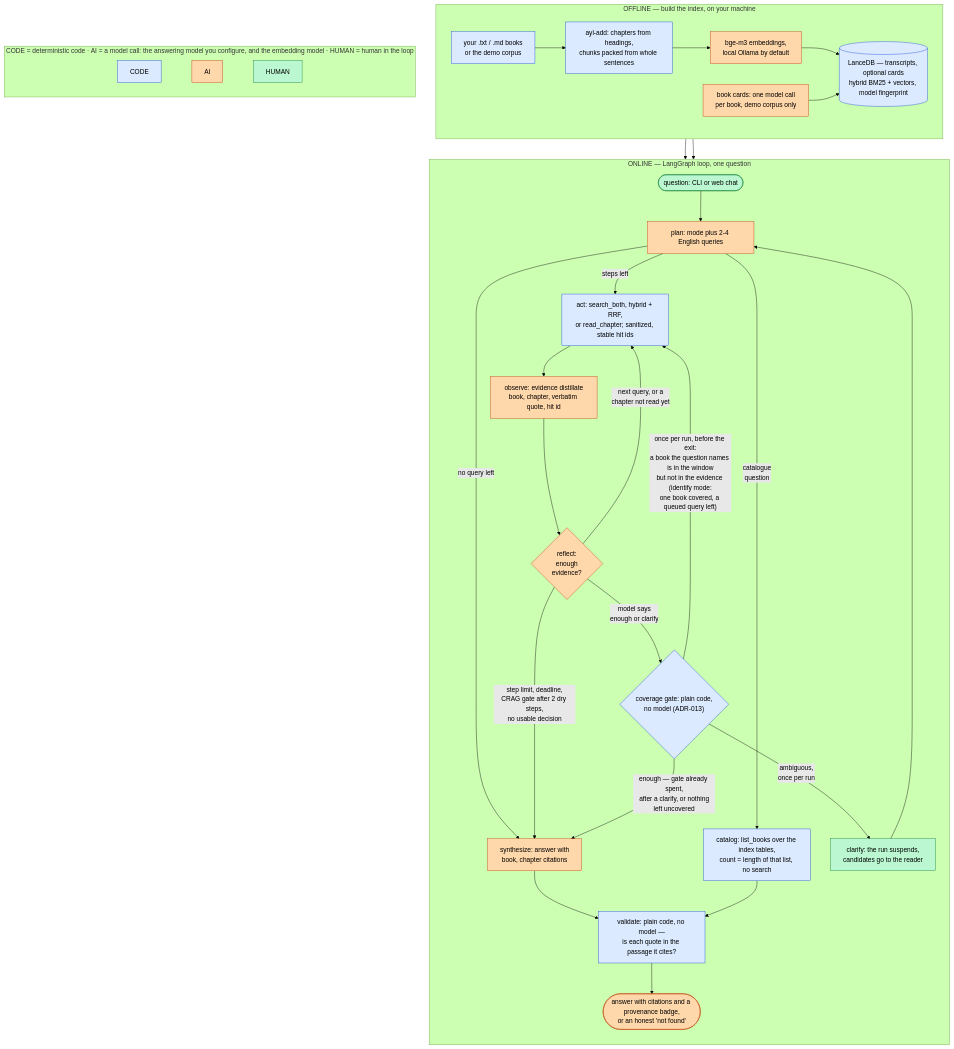
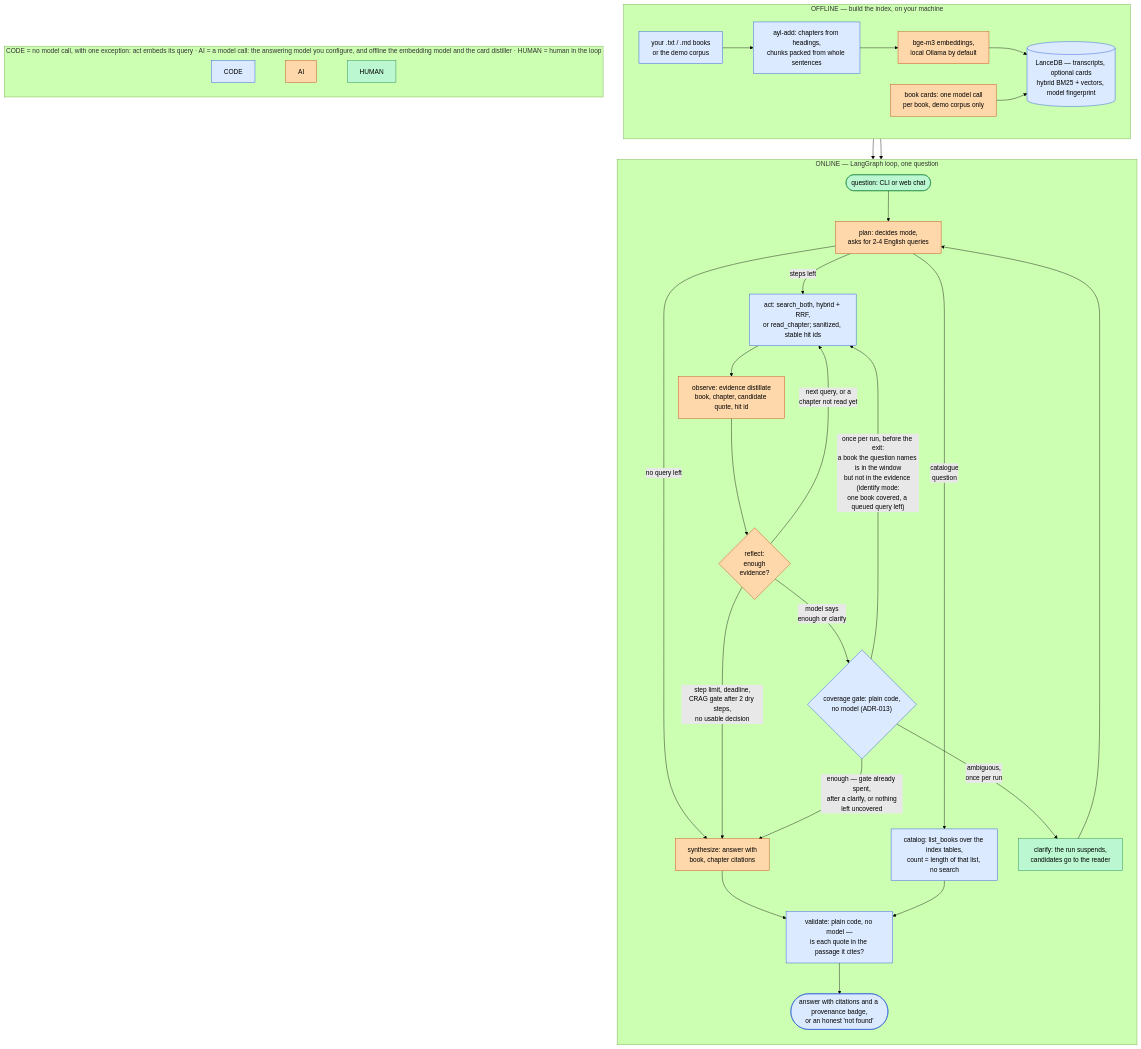
Before and after one commit to ievgen-borysenko/ask-your-library: the first of 2 diagrams in docs/architecture.md, drawn with Mermaid (forest theme). The commit also changed other lines of this file and 4 other files, not shown here.

````diff
--- a/docs/architecture.md
+++ b/docs/architecture.md
@@ -11,40 +11,40 @@
 ```mermaid
 flowchart TB
     subgraph offline["OFFLINE — build the index, on your machine"]
         direction LR
         BK["your .txt / .md books<br/>or the demo corpus"]:::code
         CRD["book cards: one model call<br/>per book, demo corpus only"]:::ai
         BK --> CHK["ayl-add: chapters from headings,<br/>chunks packed from whole sentences"]:::code
         CHK --> EMB["bge-m3 embeddings,<br/>local Ollama by default"]:::ai
         EMB --> DB[("LanceDB — transcripts, optional cards<br/>hybrid BM25 + vectors, model fingerprint")]:::code
         CRD --> DB
     end
     subgraph online["ONLINE — LangGraph loop, one question"]
         direction TB
-        Q(["question: CLI or web chat"]):::human --> PLAN["plan: mode plus 2-4 English queries"]:::ai
+        Q(["question: CLI or web chat"]):::human --> PLAN["plan: decides mode,<br/>asks for 2-4 English queries"]:::ai
         PLAN -->|"catalogue<br/>question"| CAT["catalog: list_books over the index tables,<br/>count = length of that list, no search"]:::code
         PLAN -->|"steps left"| ACT["act: search_both, hybrid + RRF,<br/>or read_chapter; sanitized, stable hit ids"]:::code
         PLAN -->|"no query left"| SYN
-        ACT --> OBS["observe: evidence distillate<br/>book, chapter, verbatim quote, hit id"]:::ai
+        ACT --> OBS["observe: evidence distillate<br/>book, chapter, candidate quote, hit id"]:::ai
         OBS --> REF{"reflect:<br/>enough<br/>evidence?"}:::ai
         REF -->|"next query, or a<br/>chapter not read yet"| ACT
         REF -->|"step limit, deadline,<br/>CRAG gate after 2 dry steps,<br/>no usable decision"| SYN["synthesize: answer with<br/>book, chapter citations"]:::ai
         REF -->|"model says<br/>enough or clarify"| COV{"coverage gate: plain code,<br/>no model (ADR-013)"}:::code
         COV -->|"once per run, before the exit:<br/>a book the question names is in the window<br/>but not in the evidence (identify mode:<br/>one book covered, a queued query left)"| ACT
         COV -->|"ambiguous,<br/>once per run"| CLR["clarify: the run suspends,<br/>candidates go to the reader"]:::human
         CLR --> PLAN
         COV -->|"enough — gate already spent,<br/>after a clarify, or nothing<br/>left uncovered"| SYN
         SYN --> VAL["validate: plain code, no model —<br/>is each quote in the passage it cites?"]:::code
         CAT --> VAL
-        VAL --> OUT(["answer with citations and a provenance badge,<br/>or an honest 'not found'"]):::ai
+        VAL --> OUT(["answer with citations and a provenance badge,<br/>or an honest 'not found'"]):::code
     end
-    subgraph legend["CODE = deterministic code · AI = a model call: the answering model you configure, and the embedding model · HUMAN = human in the loop"]
+    subgraph legend["CODE = no model call, with one exception: act embeds its query · AI = a model call: the answering model you configure, and offline the embedding model and the card distiller · HUMAN = human in the loop"]
         direction LR
         L1["CODE"]:::code ~~~ L2["AI"]:::ai ~~~ L3["HUMAN"]:::human
     end
     DB --> ACT
     DB --> CAT
     classDef code fill:#dbeafe,stroke:#1d4ed8,color:#000
     classDef ai fill:#fed7aa,stroke:#c2410c,color:#000
     classDef human fill:#bbf7d0,stroke:#15803d,color:#000
 ```
````
